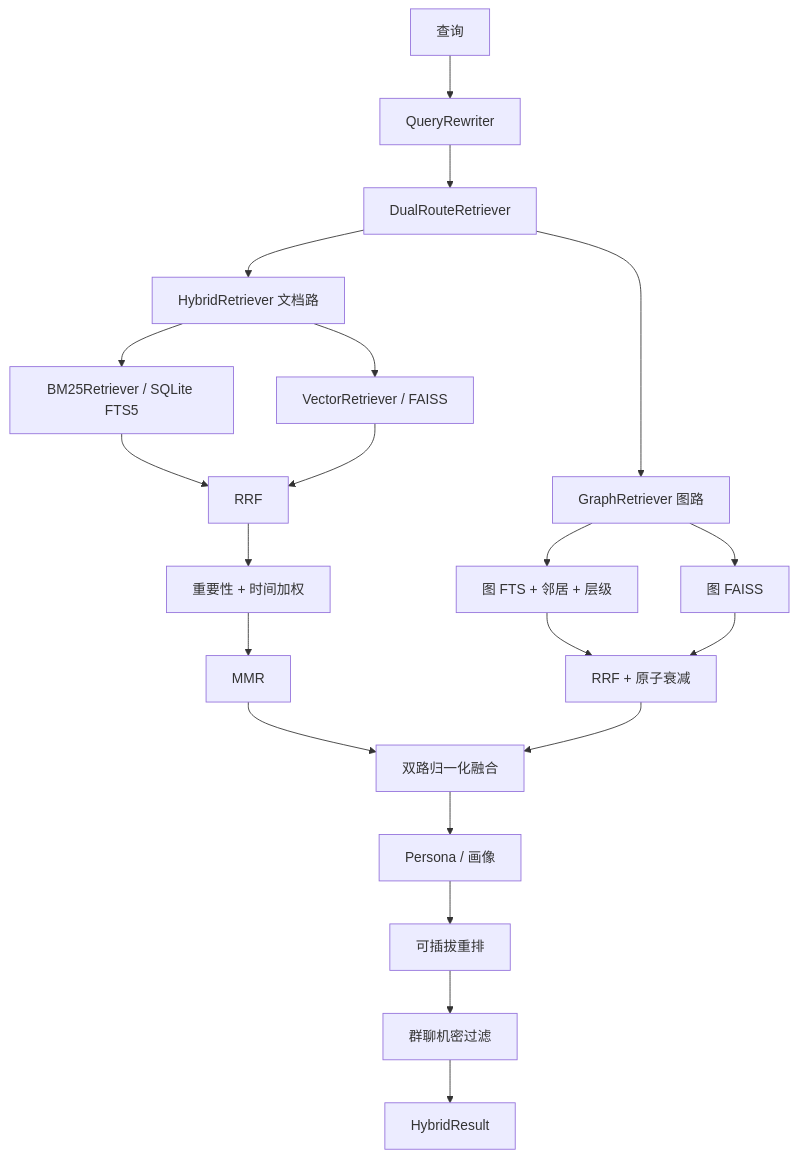
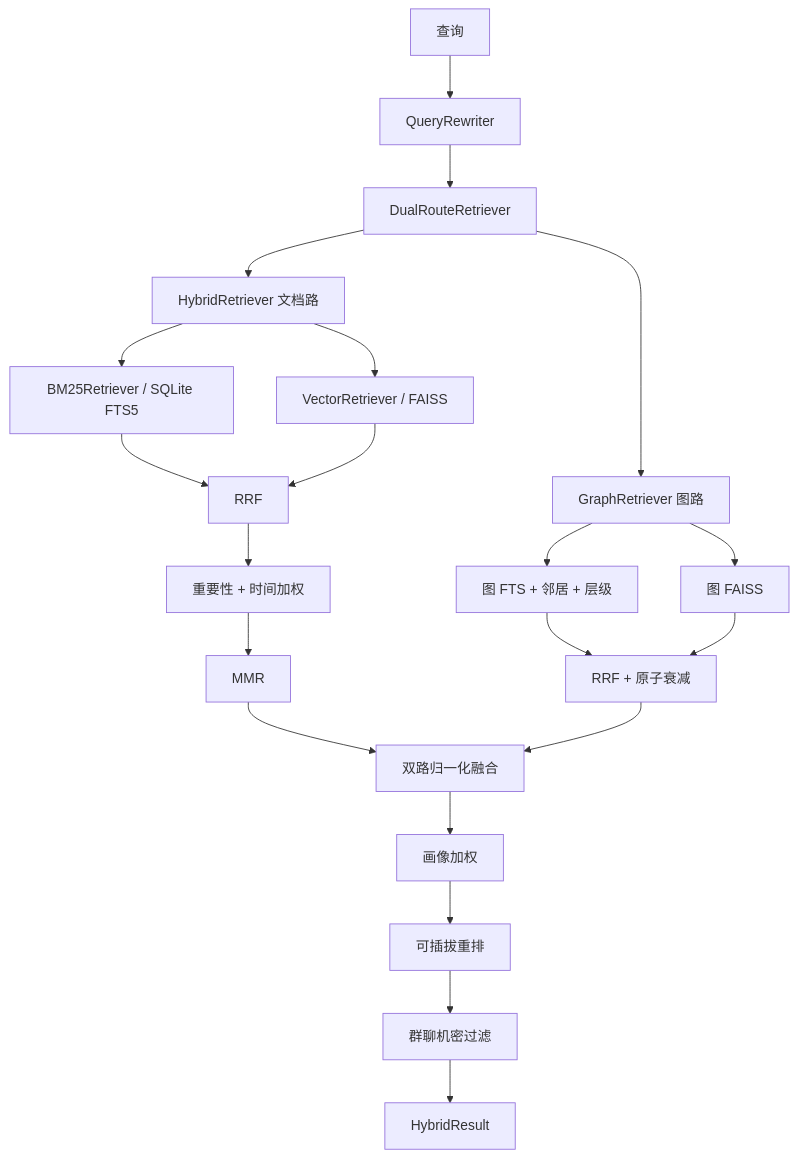
Before and after one commit to INSide-734/astrbot_plugin_memora: the first of 2 diagrams in core/features/retrieval/AGENTS.md, drawn with Mermaid. The commit also changed other lines of this file and 13 other files, not shown here.

````diff
--- a/core/features/retrieval/AGENTS.md
+++ b/core/features/retrieval/AGENTS.md
@@ -21,23 +21,23 @@
 ```mermaid
 graph TD
     Q[查询] --> Rewrite[QueryRewriter]
     Rewrite --> Dual[DualRouteRetriever]
     Dual --> Doc[HybridRetriever 文档路]
     Dual --> Graph[GraphRetriever 图路]
     Doc --> BM25[BM25Retriever / SQLite FTS5]
     Doc --> Vec[VectorRetriever / FAISS]
     BM25 --> RRF1[RRF]
     Vec --> RRF1
     RRF1 --> Weight[重要性 + 时间加权]
     Weight --> MMR[MMR]
     Graph --> GKey[图 FTS + 邻居 + 层级]
     Graph --> GVec[图 FAISS]
     GKey --> RRF2[RRF + 原子衰减]
     GVec --> RRF2
     MMR --> Merge[双路归一化融合]
     RRF2 --> Merge
-    Merge --> Personal[Persona / 画像]
+    Merge --> Personal[画像加权]
     Personal --> Rerank[可插拔重排]
     Rerank --> Privacy[群聊机密过滤]
     Privacy --> Result[HybridResult]
 ```
````
